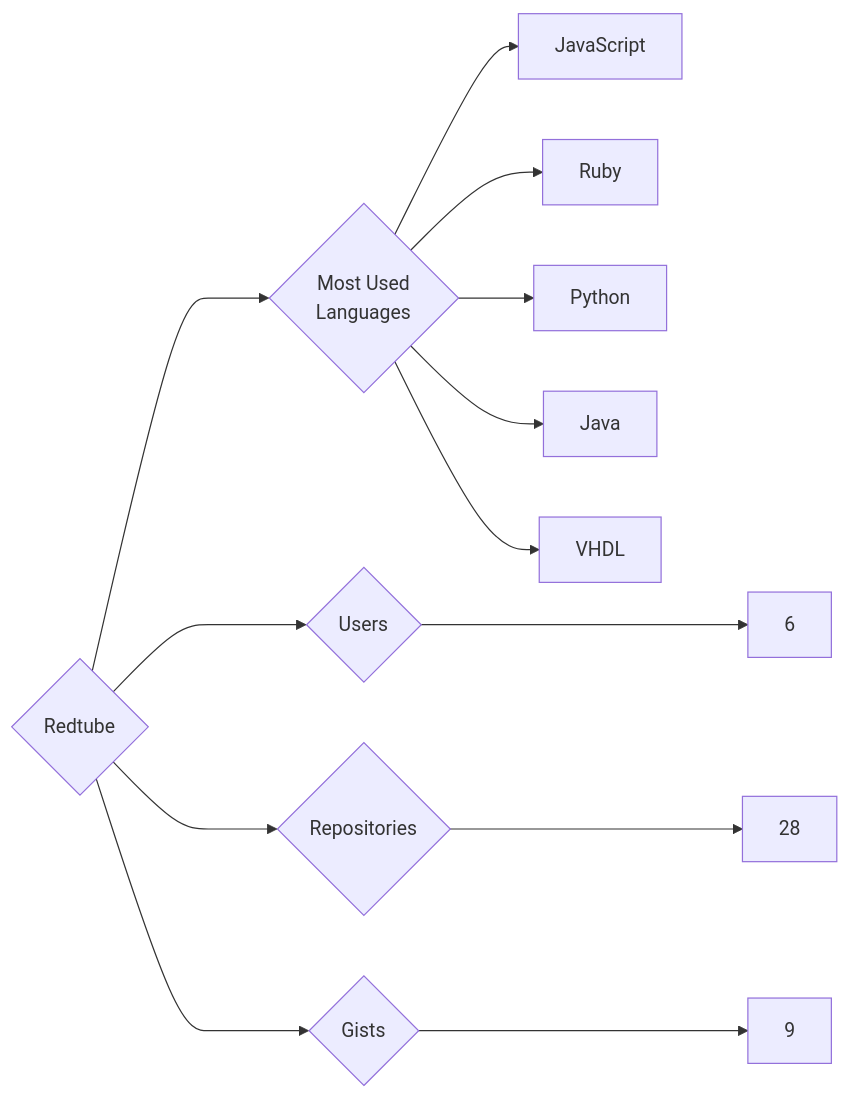
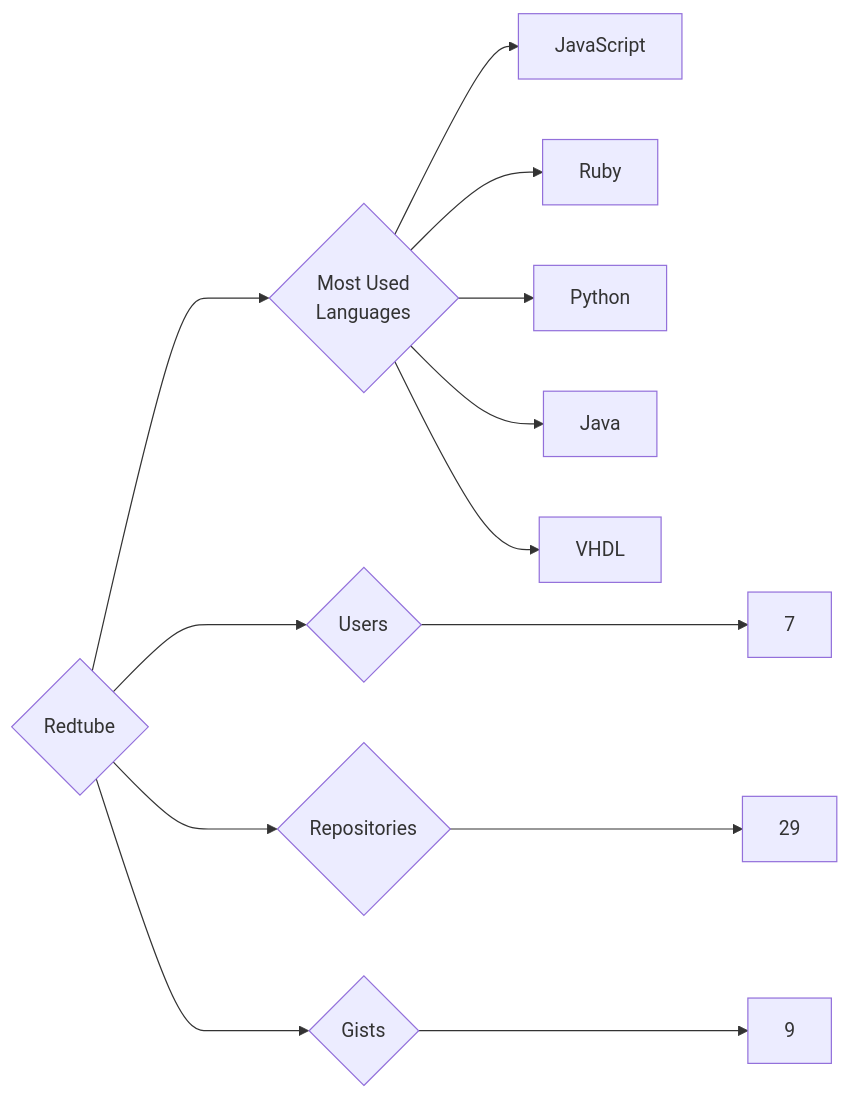
One commit to trickest/insiders changed the diagram in targets/Redtube/README.md. Above: the diagram before and after it, drawn with Mermaid. The commit also changed 955 other files, not shown here.

````diff
--- a/targets/Redtube/README.md
+++ b/targets/Redtube/README.md
@@ -3,13 +3,13 @@
 ```mermaid
 graph LR
 COMPANY_NAME{Redtube}
-COMPANY_NAME ---> U{Users} ---> UN[6]
-COMPANY_NAME ---> R{Repositories} ---> RN[28]
+COMPANY_NAME ---> U{Users} ---> UN[7]
+COMPANY_NAME ---> R{Repositories} ---> RN[29]
 COMPANY_NAME ---> G{Gists} ---> GN[9]
 COMPANY_NAME ---> ML{Most Used<br>Languages}
 ML --> JavaScript[JavaScript]
 ML --> Ruby[Ruby]
 ML --> Python[Python]
 ML --> Java[Java]
 ML --> VHDL[VHDL]
 ```
````
